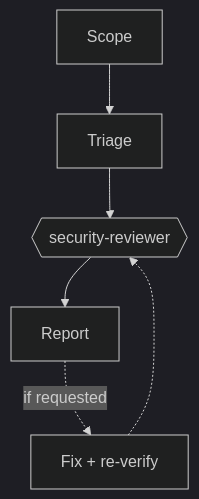
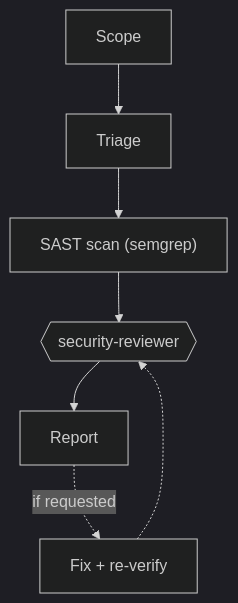
Diagram 15 of 15 in README.md (gigi206/ops), drawn with Mermaid (dark theme) before and after one commit. The commit also changed other lines of this file and 10 other files, not shown here.

First line of the commit message:
feat: v2.2.0 — /ops:setup skill, qlty integration, semgrep SAST in security-gate

````diff
--- a/README.md
+++ b/README.md
@@ -640,8 +686,9 @@
 ```mermaid
 flowchart TD
     S["Scope"] --> T["Triage"]
-    T --> SECREV{{"security-reviewer"}}
+    T --> SAST["SAST scan (semgrep)"]
+    SAST --> SECREV{{"security-reviewer"}}
     SECREV --> R["Report"]
     R -.->|if requested| F["Fix + re-verify"]
     F -.-> SECREV
 ```
````
